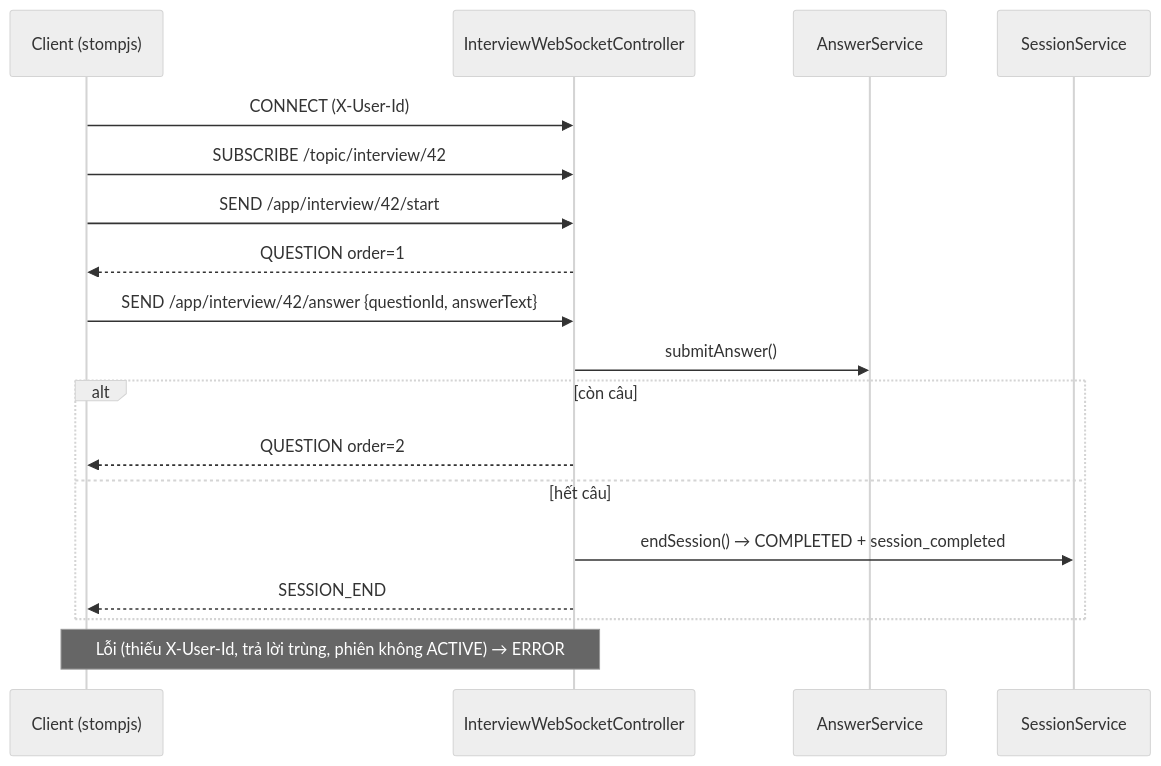
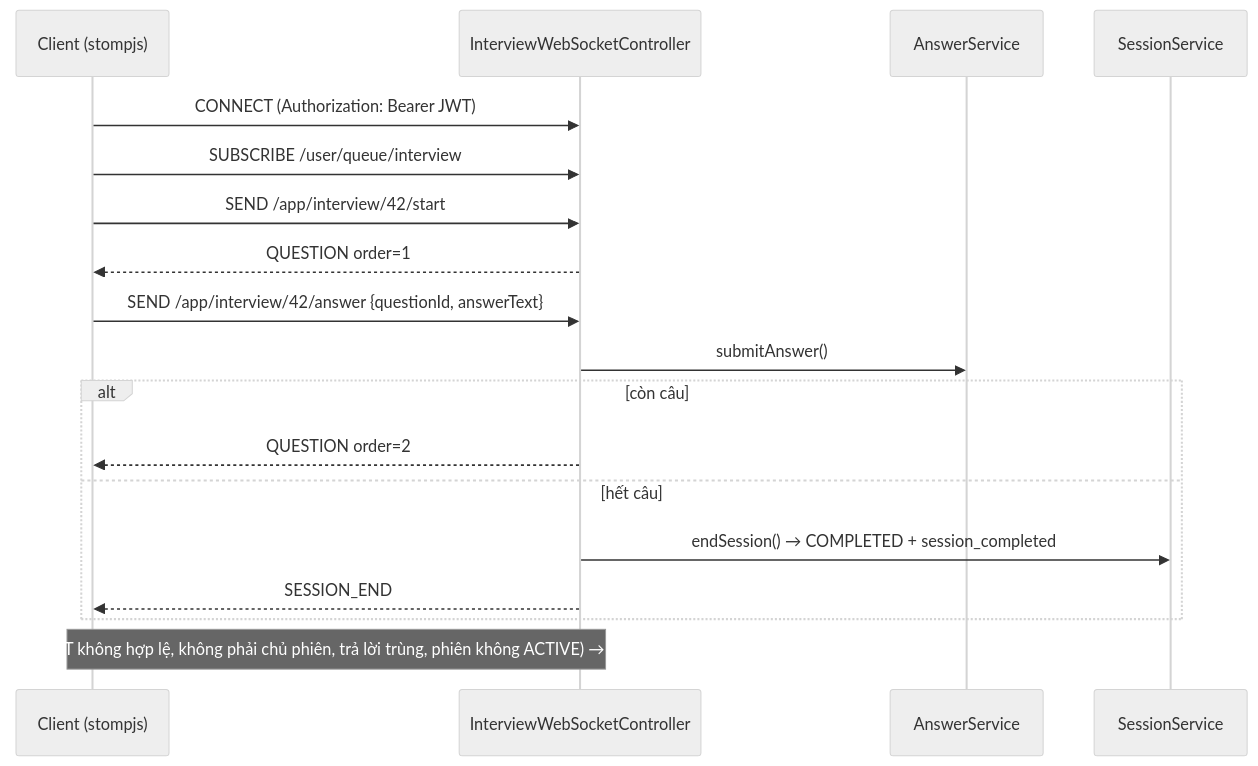
The second of 2 diagrams in docs/05-thiet-ke-tich-hop.md (ngohoangg/intelli-hire), drawn with Mermaid (neutral theme) before and after one commit. The commit also changed other lines of this file and 19 other files, not shown here.

````diff
--- a/docs/05-thiet-ke-tich-hop.md
+++ b/docs/05-thiet-ke-tich-hop.md
@@ -136,20 +125,20 @@
 ```mermaid
 sequenceDiagram
     participant C as Client (stompjs)
     participant S as InterviewWebSocketController
     participant A as AnswerService
     participant SS as SessionService
-    C->>S: CONNECT (X-User-Id)
-    C->>S: SUBSCRIBE /topic/interview/42
+    C->>S: CONNECT (Authorization: Bearer JWT)
+    C->>S: SUBSCRIBE /user/queue/interview
     C->>S: SEND /app/interview/42/start
     S-->>C: QUESTION order=1
     C->>S: SEND /app/interview/42/answer {questionId, answerText}
     S->>A: submitAnswer()
     alt còn câu
         S-->>C: QUESTION order=2
     else hết câu
         S->>SS: endSession() → COMPLETED + session_completed
         S-->>C: SESSION_END
     end
-    Note over S,C: Lỗi (thiếu X-User-Id, trả lời trùng, phiên không ACTIVE) → ERROR
+    Note over S,C: Lỗi (JWT không hợp lệ, không phải chủ phiên, trả lời trùng, phiên không ACTIVE) → ERROR
 ```
````
